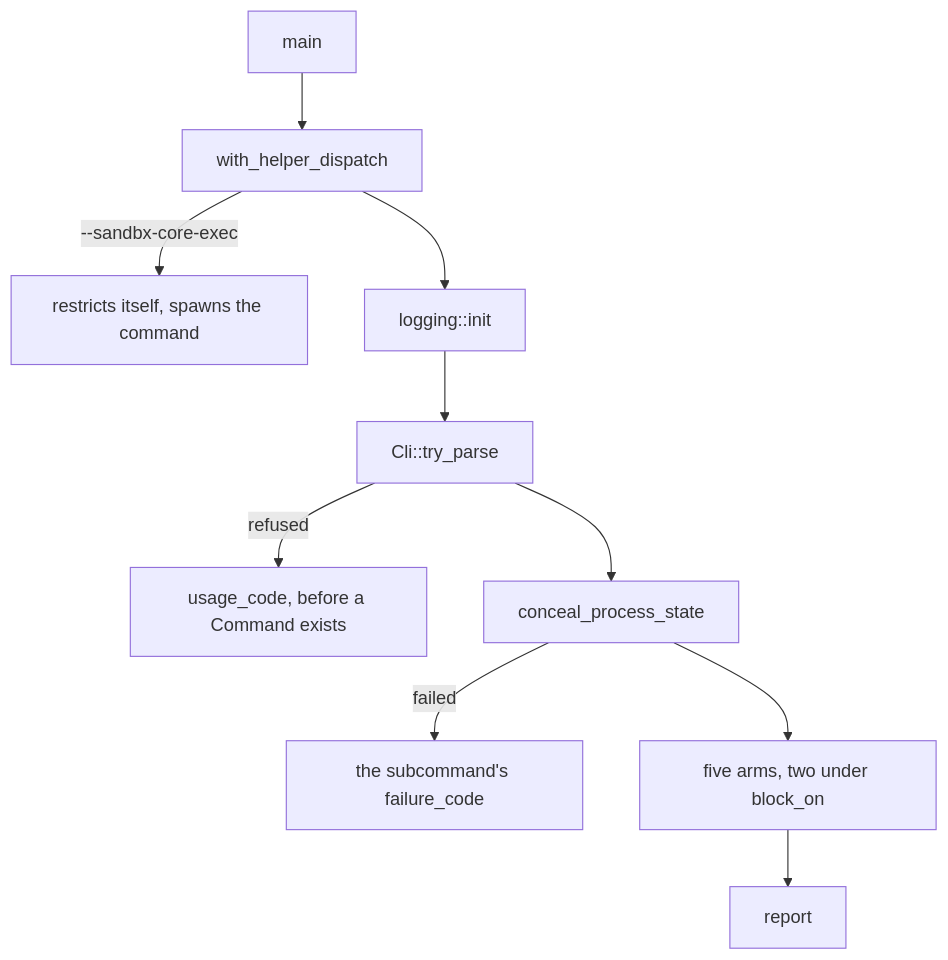
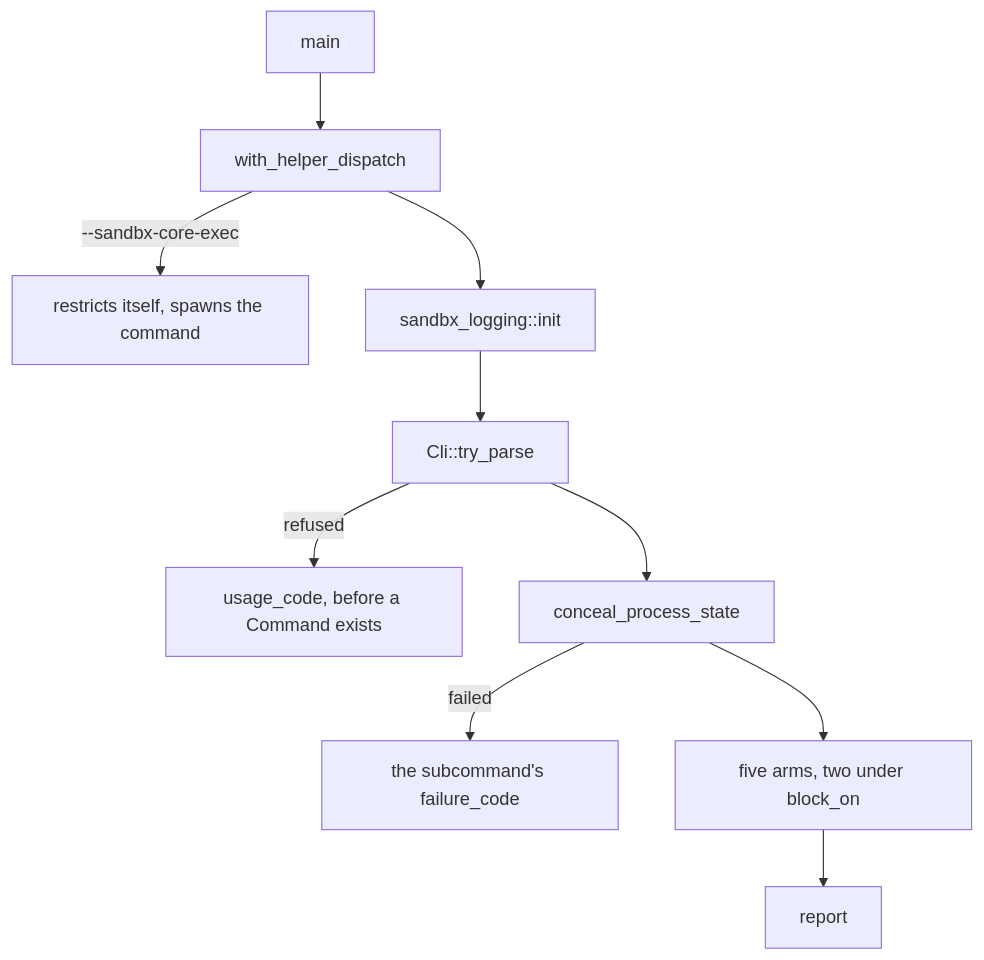
One commit to danczw/sandbx changed the first of 2 diagrams in context/onboarding/24-crate-cli.md. Above: the diagram before and after it, drawn with Mermaid. The commit also changed other lines of this file and 8 other files, not shown here.

````diff
--- a/context/onboarding/24-crate-cli.md
+++ b/context/onboarding/24-crate-cli.md
@@ -145,12 +144,12 @@
 ```mermaid
 flowchart TD
     A["main"] --> B["with_helper_dispatch"]
     B -->|"--sandbx-core-exec"| C["restricts itself, spawns the command"]
-    B --> D["logging::init"]
+    B --> D["sandbx_logging::init"]
     D --> E["Cli::try_parse"]
     E -->|"refused"| F["usage_code, before a Command exists"]
     E --> G["conceal_process_state"]
     G -->|"failed"| H["the subcommand's failure_code"]
     G --> I["five arms, two under block_on"]
     I --> J["report"]
 ```
````
